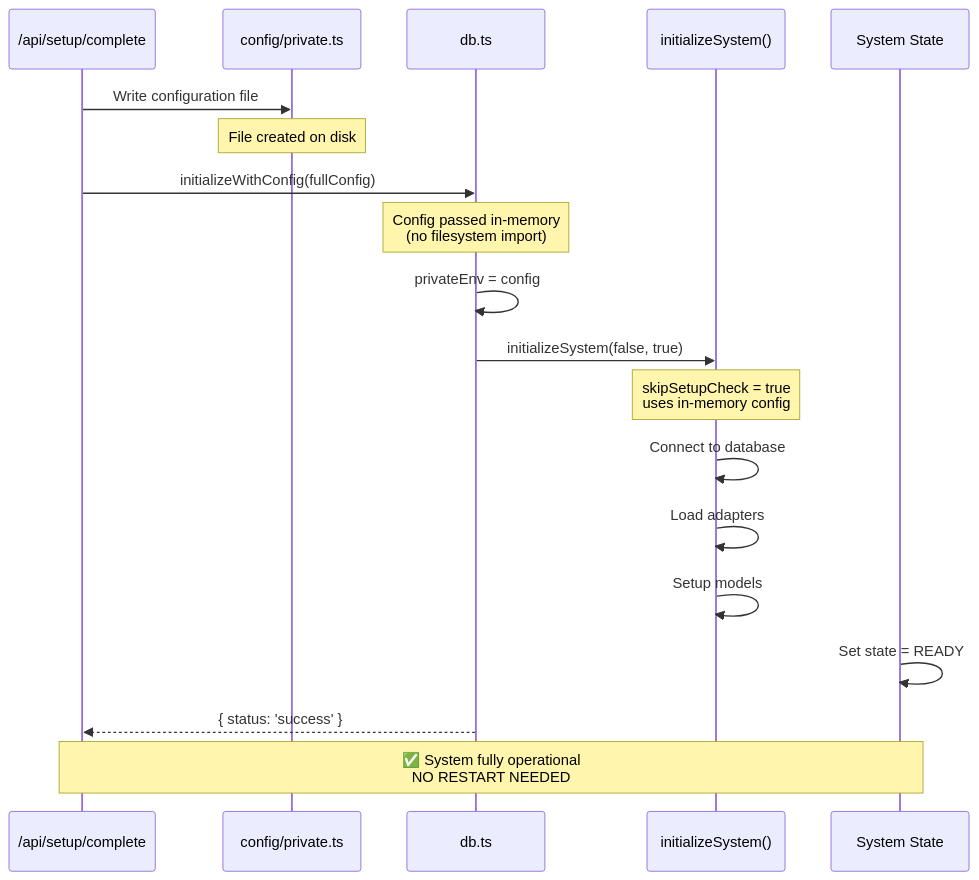
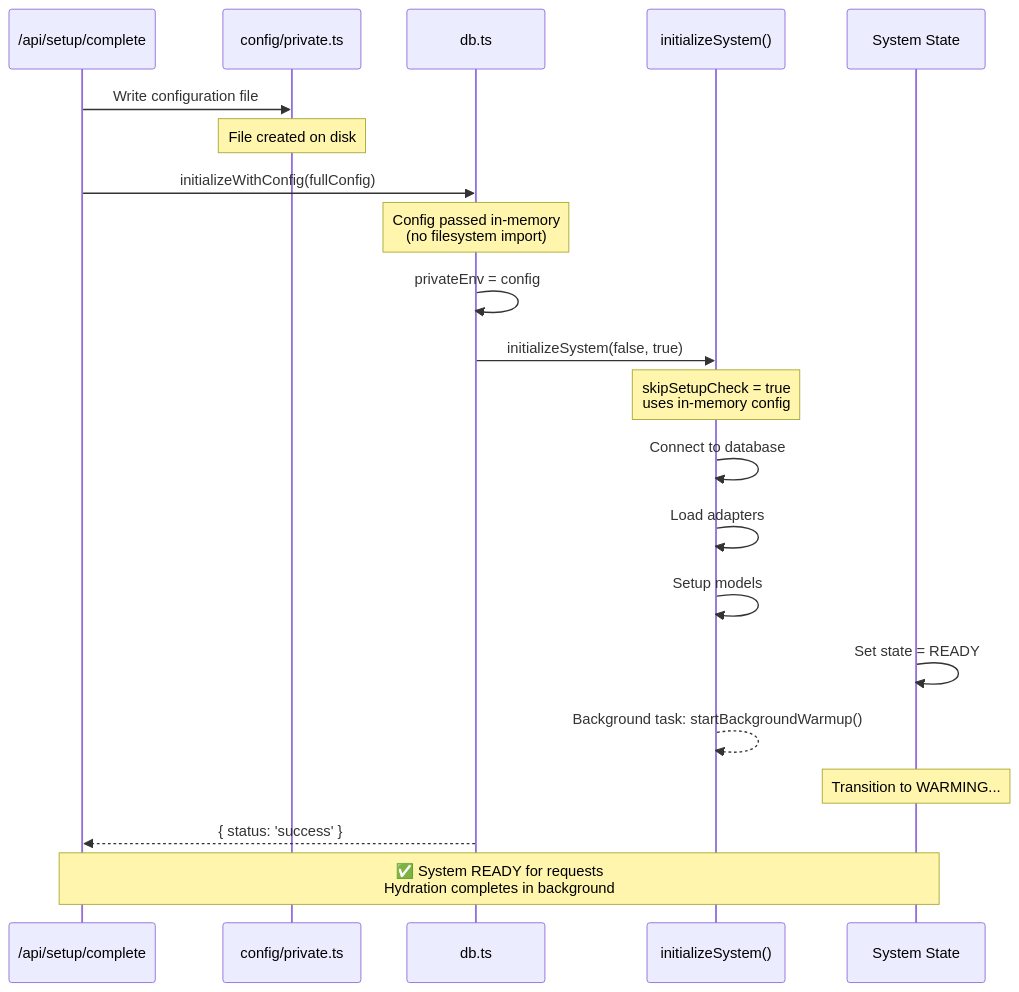
The first of 2 diagrams in docs/database/database-methods.mdx (SveltyCMS/SveltyCMS), drawn with Mermaid before and after one commit. The commit also changed other lines of this file and 64 other files, not shown here.

````diff
--- a/docs/database/database-methods.mdx
+++ b/docs/database/database-methods.mdx
@@ -68,27 +68,30 @@
 ```mermaid
 sequenceDiagram
     participant Setup as /api/setup/complete
     participant File as config/private.ts
     participant DB as db.ts
     participant System as initializeSystem()
     participant State as System State
 
     Setup->>File: Write configuration file
     Note over File: File created on disk
 
     Setup->>DB: initializeWithConfig(fullConfig)
     Note over DB: Config passed in-memory<br/>(no filesystem import)
 
     DB->>DB: privateEnv = config
     DB->>System: initializeSystem(false, true)
     Note over System: skipSetupCheck = true<br/>uses in-memory config
 
     System->>System: Connect to database
     System->>System: Load adapters
     System->>System: Setup models
     State->>State: Set state = READY
 
+    System-->>System: Background task: startBackgroundWarmup()
+    Note over State: Transition to WARMING...
+
     DB-->>Setup: { status: 'success' }
 
-    Note over Setup,State: ✅ System fully operational<br/>NO RESTART NEEDED
+    Note over Setup,State: ✅ System READY for requests<br/>Hydration completes in background
 ```
````
